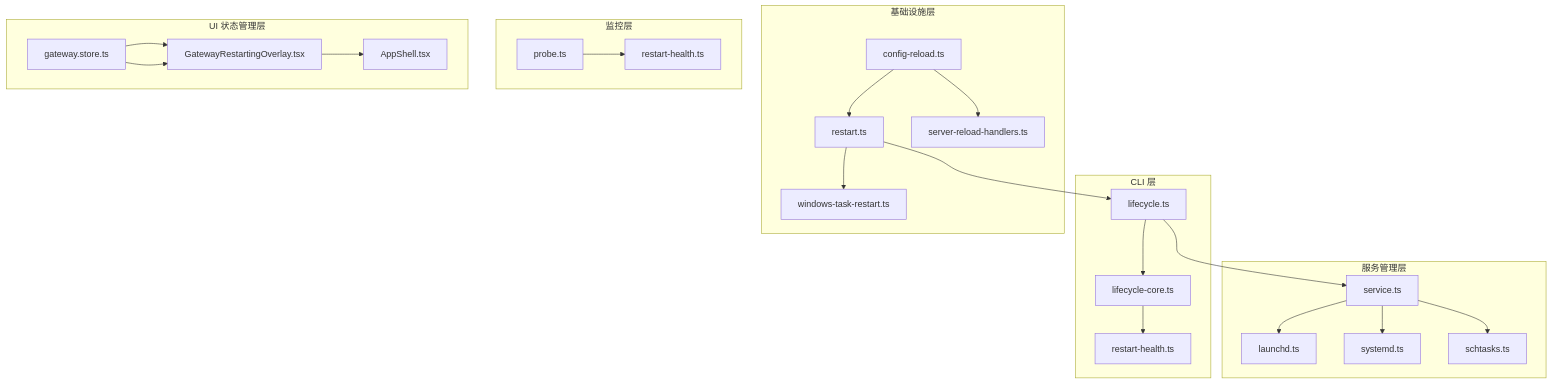
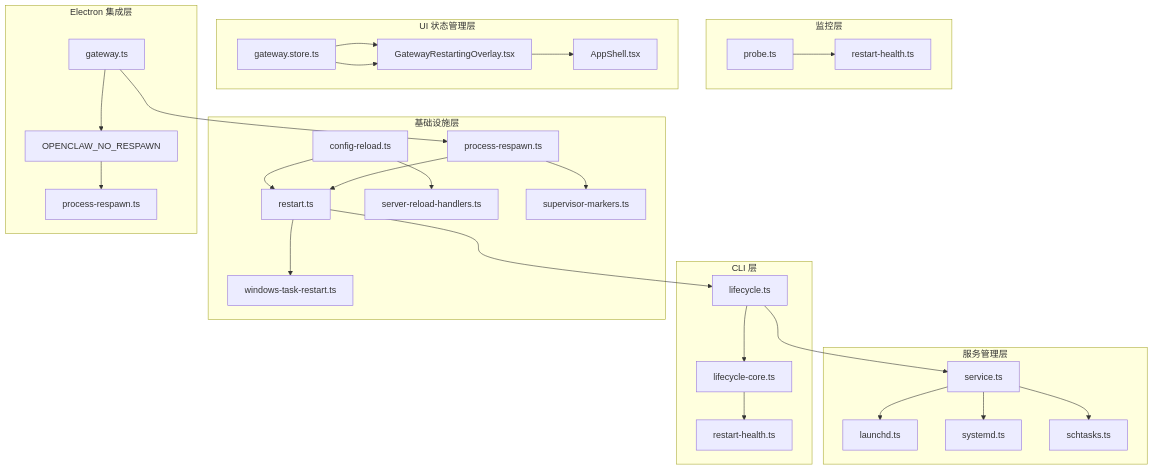
The first of 17 diagrams in .qoder/repowiki/zh/content/核心概念/网关架构/网关重启系统.md (verse-ai-org/openclaw), drawn with Mermaid before and after one commit. The commit also changed other lines of this file and 19 other files, not shown here.

````diff
--- a/.qoder/repowiki/zh/content/核心概念/网关架构/网关重启系统.md
+++ b/.qoder/repowiki/zh/content/核心概念/网关架构/网关重启系统.md
@@ -62,27 +71,34 @@
 ```mermaid
 graph TB
 subgraph "CLI 层"
 A[lifecycle.ts] --> B[lifecycle-core.ts]
 B --> C[restart-health.ts]
 end
 subgraph "服务管理层"
 D[service.ts] --> E[launchd.ts]
 D --> F[systemd.ts]
 D --> G[schtasks.ts]
 end
 subgraph "基础设施层"
 H[restart.ts] --> I[windows-task-restart.ts]
 J[config-reload.ts] --> K[server-reload-handlers.ts]
+L[process-respawn.ts] --> M[supervisor-markers.ts]
 end
 subgraph "监控层"
-L[probe.ts] --> M[restart-health.ts]
+N[probe.ts] --> O[restart-health.ts]
 end
 subgraph "UI 状态管理层"
-N[gateway.store.ts] --> O[GatewayRestartingOverlay.tsx]
-O --> P[AppShell.tsx]
+P[gateway.store.ts] --> Q[GatewayRestartingOverlay.tsx]
+Q --> R[AppShell.tsx]
+end
+subgraph "Electron 集成层"
+S[gateway.ts] --> T[OPENCLAW_NO_RESPAWN]
+T --> U[process-respawn.ts]
 end
 A --> D
 H --> A
 J --> H
-N --> O
+P --> Q
+L --> H
+S --> L
 ```
````
